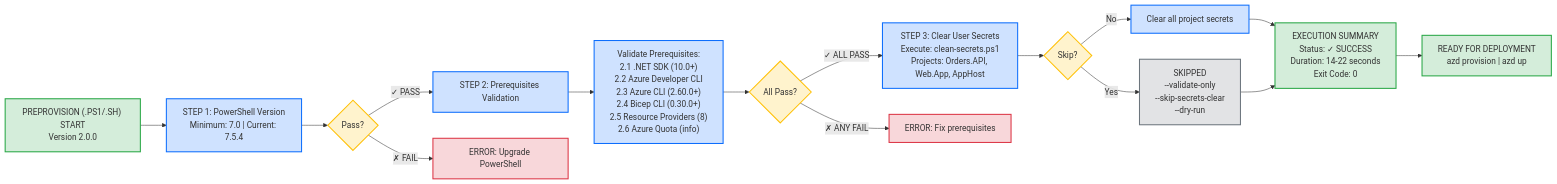
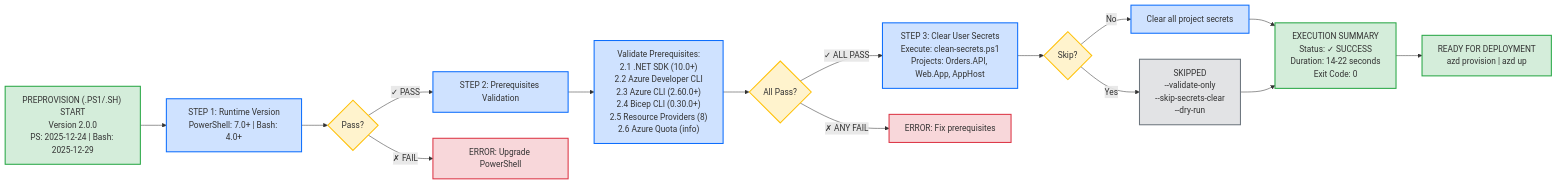
One commit to Evilazaro/Azure-LogicApps-Monitoring changed the third of 6 diagrams in hooks/VALIDATION-WORKFLOW.md. Above: the diagram before and after it, drawn with Mermaid. The commit also changed other lines of this file, not shown here.

````diff
--- a/hooks/VALIDATION-WORKFLOW.md
+++ b/hooks/VALIDATION-WORKFLOW.md
@@ -14,35 +163,35 @@
 ```mermaid
 flowchart LR
-    Start["PREPROVISION (.PS1/.SH) START<br/>Version 2.0.0"]
-    Start --> Step1["STEP 1: PowerShell Version<br/>Minimum: 7.0 | Current: 7.5.4"]
+    Start["PREPROVISION (.PS1/.SH) START<br/>Version 2.0.0<br/>PS: 2025-12-24 | Bash: 2025-12-29"]
+    Start --> Step1["STEP 1: Runtime Version<br/>PowerShell: 7.0+ | Bash: 4.0+"]
     
     Step1 --> Decision1{Pass?}
     Decision1 -->|✓ PASS| Step2["STEP 2: Prerequisites Validation"]
     Decision1 -->|✗ FAIL| Error1["ERROR: Upgrade PowerShell"]
     
     Step2 --> Prereqs["Validate Prerequisites:<br/>2.1 .NET SDK (10.0+)<br/>2.2 Azure Developer CLI<br/>2.3 Azure CLI (2.60.0+)<br/>2.4 Bicep CLI (0.30.0+)<br/>2.5 Resource Providers (8)<br/>2.6 Azure Quota (info)"]
     
     Prereqs --> Decision2{All Pass?}
     Decision2 -->|✓ ALL PASS| Step3["STEP 3: Clear User Secrets<br/>Execute: clean-secrets.ps1<br/>Projects: Orders.API, Web.App, AppHost"]
     Decision2 -->|✗ ANY FAIL| Error2["ERROR: Fix prerequisites"]
     
     Step3 --> Decision3{Skip?}
     Decision3 -->|No| ClearSecrets["Clear all project secrets"]
     Decision3 -->|Yes| Skip["SKIPPED<br/>--validate-only<br/>--skip-secrets-clear<br/>--dry-run"]
     
     ClearSecrets --> Summary["EXECUTION SUMMARY<br/>Status: ✓ SUCCESS<br/>Duration: 14-22 seconds<br/>Exit Code: 0"]
     Skip --> Summary
     Summary --> Ready["READY FOR DEPLOYMENT<br/>azd provision | azd up"]
     
     classDef successClass fill:#d4edda,stroke:#28a745,stroke-width:2px
     classDef errorClass fill:#f8d7da,stroke:#dc3545,stroke-width:2px
     classDef processClass fill:#cfe2ff,stroke:#0d6efd,stroke-width:2px
     classDef decisionClass fill:#fff3cd,stroke:#ffc107,stroke-width:2px
     classDef skipClass fill:#e2e3e5,stroke:#6c757d,stroke-width:2px
     
     class Start,Summary,Ready successClass
     class Error1,Error2 errorClass
     class Step1,Step2,Prereqs,Step3,ClearSecrets processClass
     class Decision1,Decision2,Decision3 decisionClass
     class Skip skipClass
 ```
````
